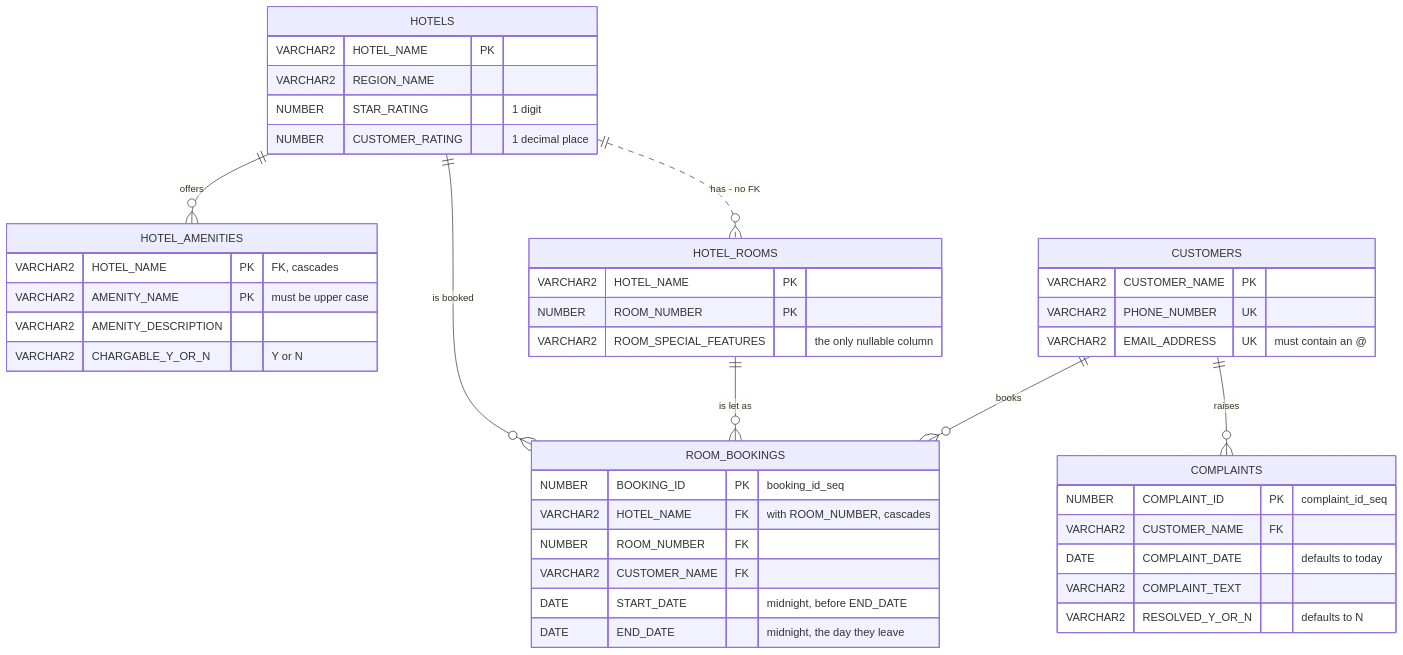
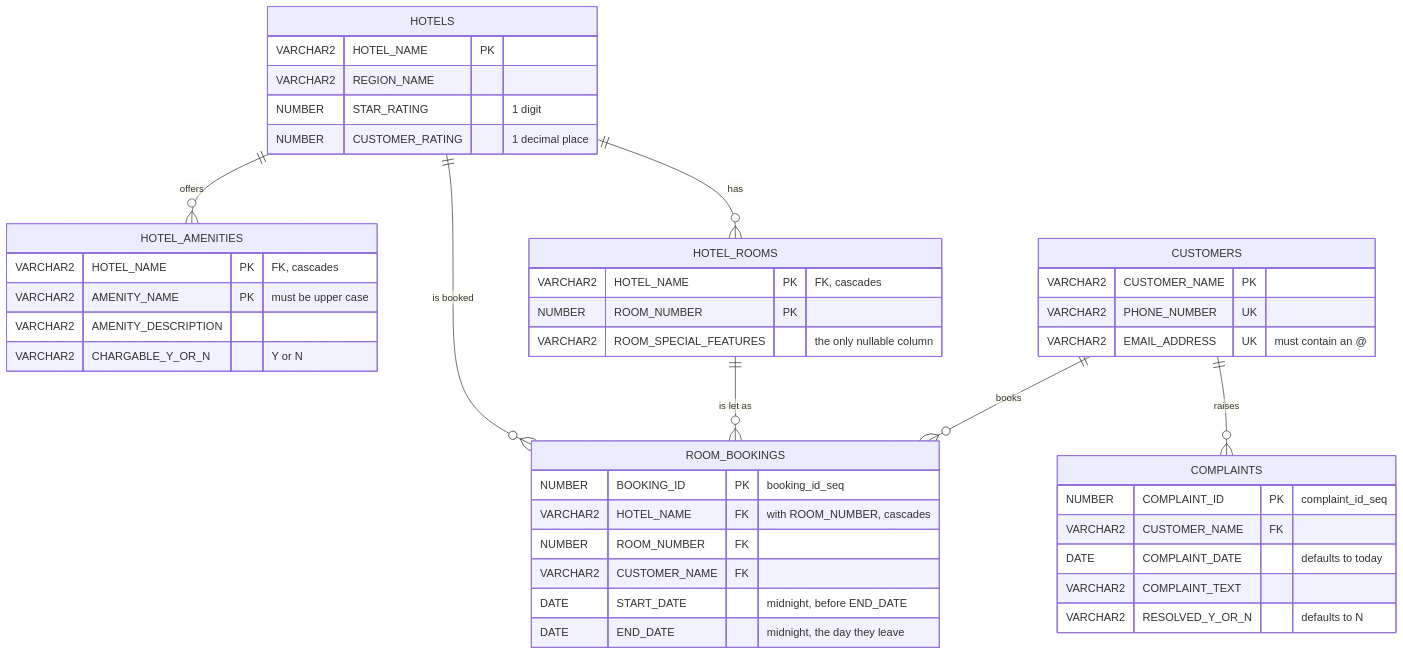
Before and after one commit to srmadscience/mcpdbwizard-demo: the diagram in README.md, drawn with Mermaid. The commit also changed other lines of this file and 1 other file, not shown here.

First line of the commit message:
Add the missing foreign key on HOTEL_ROOMS

````diff
--- a/README.md
+++ b/README.md
@@ -98,52 +98,52 @@
 ```mermaid
 erDiagram
     HOTELS          ||--o{ HOTEL_AMENITIES : "offers"
-    HOTELS          ||..o{ HOTEL_ROOMS     : "has - no FK"
+    HOTELS          ||--o{ HOTEL_ROOMS     : "has"
     HOTELS          ||--o{ ROOM_BOOKINGS   : "is booked"
     HOTEL_ROOMS     ||--o{ ROOM_BOOKINGS   : "is let as"
     CUSTOMERS       ||--o{ ROOM_BOOKINGS   : "books"
     CUSTOMERS       ||--o{ COMPLAINTS      : "raises"
 
     HOTELS {
         VARCHAR2 HOTEL_NAME      PK
         VARCHAR2 REGION_NAME
         NUMBER   STAR_RATING     "1 digit"
         NUMBER   CUSTOMER_RATING "1 decimal place"
     }
 
     HOTEL_AMENITIES {
         VARCHAR2 HOTEL_NAME          PK "FK, cascades"
         VARCHAR2 AMENITY_NAME        PK "must be upper case"
         VARCHAR2 AMENITY_DESCRIPTION
         VARCHAR2 CHARGABLE_Y_OR_N    "Y or N"
     }
 
     HOTEL_ROOMS {
-        VARCHAR2 HOTEL_NAME            PK
+        VARCHAR2 HOTEL_NAME            PK "FK, cascades"
         NUMBER   ROOM_NUMBER           PK
         VARCHAR2 ROOM_SPECIAL_FEATURES "the only nullable column"
     }
 
     CUSTOMERS {
         VARCHAR2 CUSTOMER_NAME PK
         VARCHAR2 PHONE_NUMBER  UK
         VARCHAR2 EMAIL_ADDRESS UK "must contain an @"
     }
 
     ROOM_BOOKINGS {
         NUMBER   BOOKING_ID    PK "booking_id_seq"
         VARCHAR2 HOTEL_NAME    FK "with ROOM_NUMBER, cascades"
         NUMBER   ROOM_NUMBER   FK
         VARCHAR2 CUSTOMER_NAME FK
         DATE     START_DATE    "midnight, before END_DATE"
         DATE     END_DATE      "midnight, the day they leave"
     }
 
     COMPLAINTS {
         NUMBER   COMPLAINT_ID    PK "complaint_id_seq"
         VARCHAR2 CUSTOMER_NAME   FK
         DATE     COMPLAINT_DATE  "defaults to today"
         VARCHAR2 COMPLAINT_TEXT
         VARCHAR2 RESOLVED_Y_OR_N "defaults to N"
     }
 ```
````
